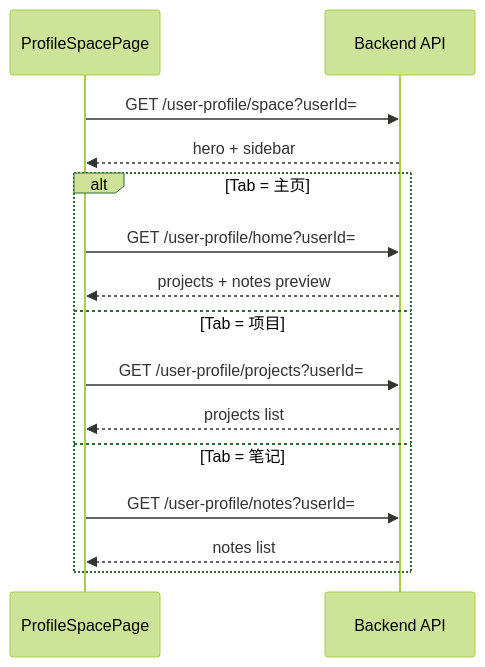
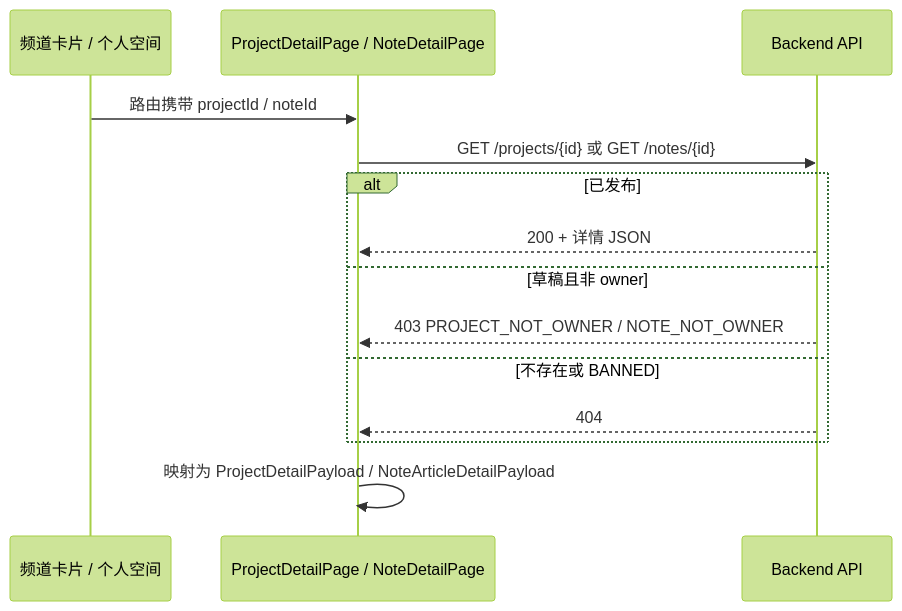
The third of 3 diagrams in API-request.md (wuminwuyou/Unibridge), drawn with Mermaid (forest theme) before and after one commit. The commit also changed other lines of this file and 130 other files, not shown here.

````diff
--- a/API-request.md
+++ b/API-request.md
@@ -431,19 +901,17 @@
 ```mermaid
 sequenceDiagram
-  participant Page as ProfileSpacePage
+  participant List as 频道卡片 / 个人空间
+  participant Detail as ProjectDetailPage / NoteDetailPage
   participant API as Backend API
 
-  Page->>API: GET /user-profile/space?userId=
-  API-->>Page: hero + sidebar
-
-  alt Tab = 主页
-    Page->>API: GET /user-profile/home?userId=
-    API-->>Page: projects + notes preview
-  else Tab = 项目
-    Page->>API: GET /user-profile/projects?userId=
-    API-->>Page: projects list
-  else Tab = 笔记
-    Page->>API: GET /user-profile/notes?userId=
-    API-->>Page: notes list
+  List->>Detail: 路由携带 projectId / noteId
+  Detail->>API: GET /projects/{id} 或 GET /notes/{id}
+  alt 已发布
+    API-->>Detail: 200 + 详情 JSON
+  else 草稿且非 owner
+    API-->>Detail: 403 PROJECT_NOT_OWNER / NOTE_NOT_OWNER
+  else 不存在或 BANNED
+    API-->>Detail: 404
   end
+  Detail->>Detail: 映射为 ProjectDetailPayload / NoteArticleDetailPayload
 ```
````
